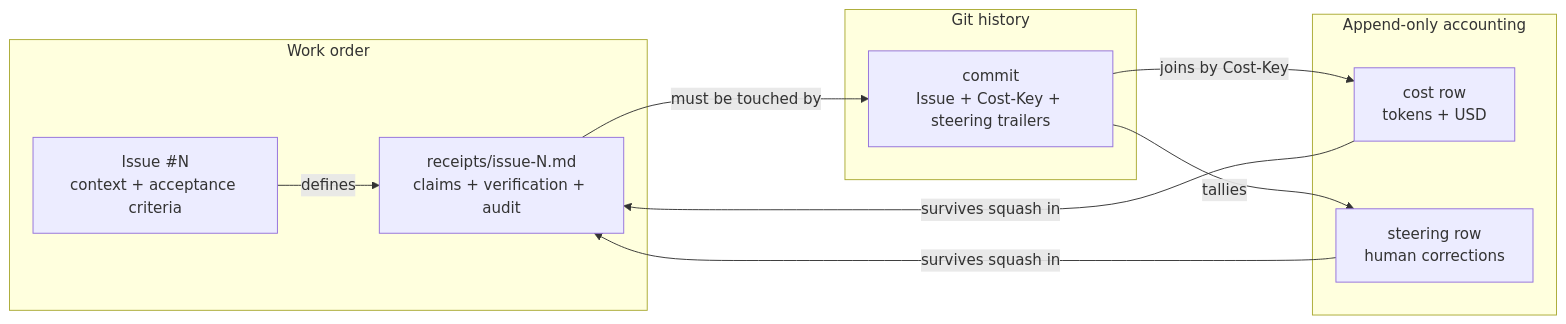
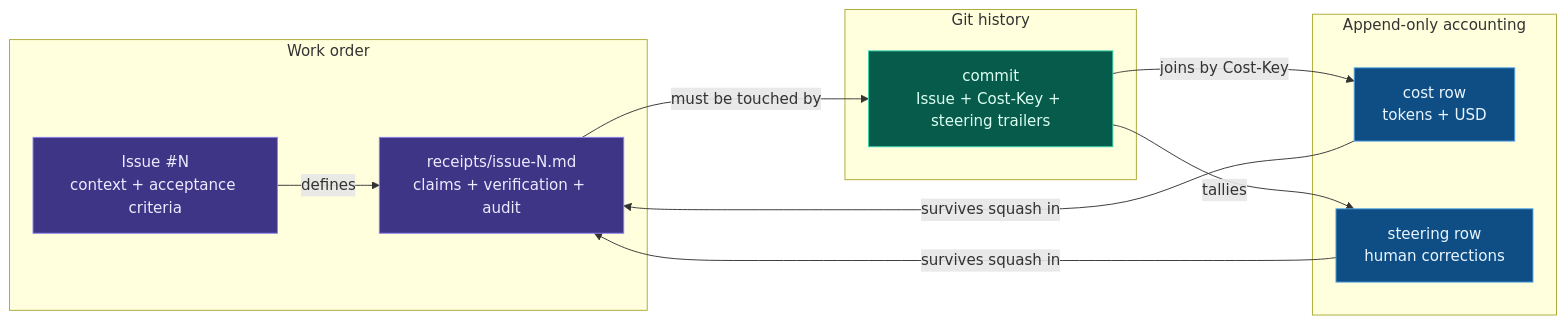
Before and after one commit to Duaility/governance-kit: the fourth of 6 diagrams in README.md, drawn with Mermaid. The commit also changed other lines of this file and 1 other file, not shown here.

````diff
--- a/README.md
+++ b/README.md
@@ -312,23 +332,30 @@
 ```mermaid
 flowchart LR
     subgraph Work["Work order"]
         I["Issue #N<br/>context + acceptance criteria"]
         R["receipts/issue-N.md<br/>claims + verification + audit"]
     end
 
     subgraph History["Git history"]
         C["commit<br/>Issue + Cost-Key + steering trailers"]
     end
 
     subgraph Accounting["Append-only accounting"]
         CO["cost row<br/>tokens + USD"]
         ST["steering row<br/>human corrections"]
     end
 
     I -- "defines" --> R
     R -- "must be touched by" --> C
     C -- "joins by Cost-Key" --> CO
     C -- "tallies" --> ST
     CO -- "survives squash in" --> R
     ST -- "survives squash in" --> R
+
+    classDef work fill:#3f3586,stroke:#8b7ff0,color:#eeeaff
+    classDef history fill:#075b4a,stroke:#36d6af,color:#dcfff4
+    classDef accounting fill:#0e4e85,stroke:#5aa8e9,color:#e9f5ff
+    class I,R work
+    class C history
+    class CO,ST accounting
 ```
````
